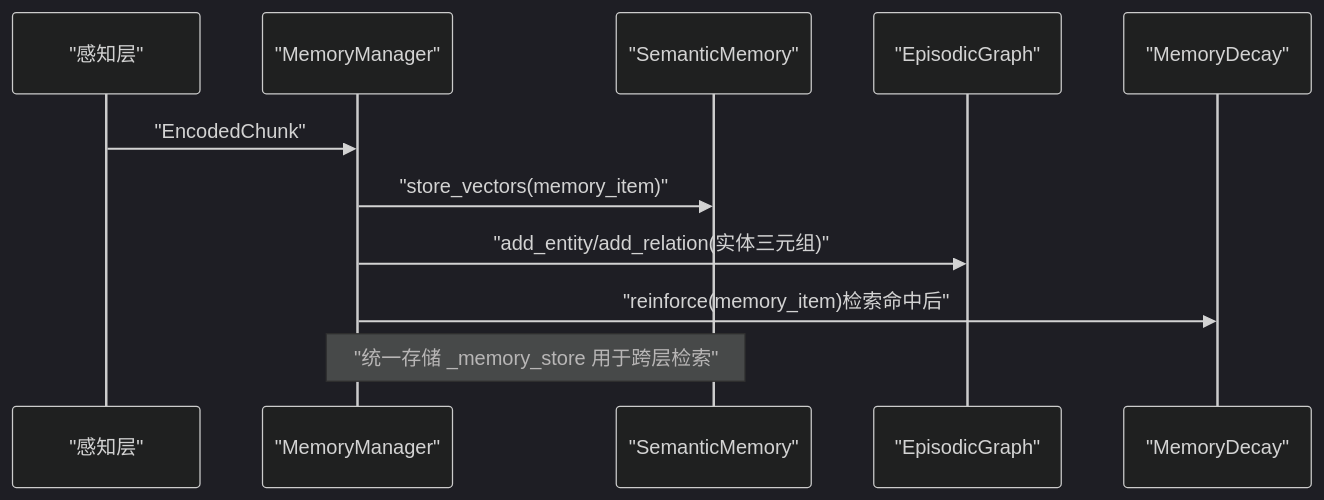
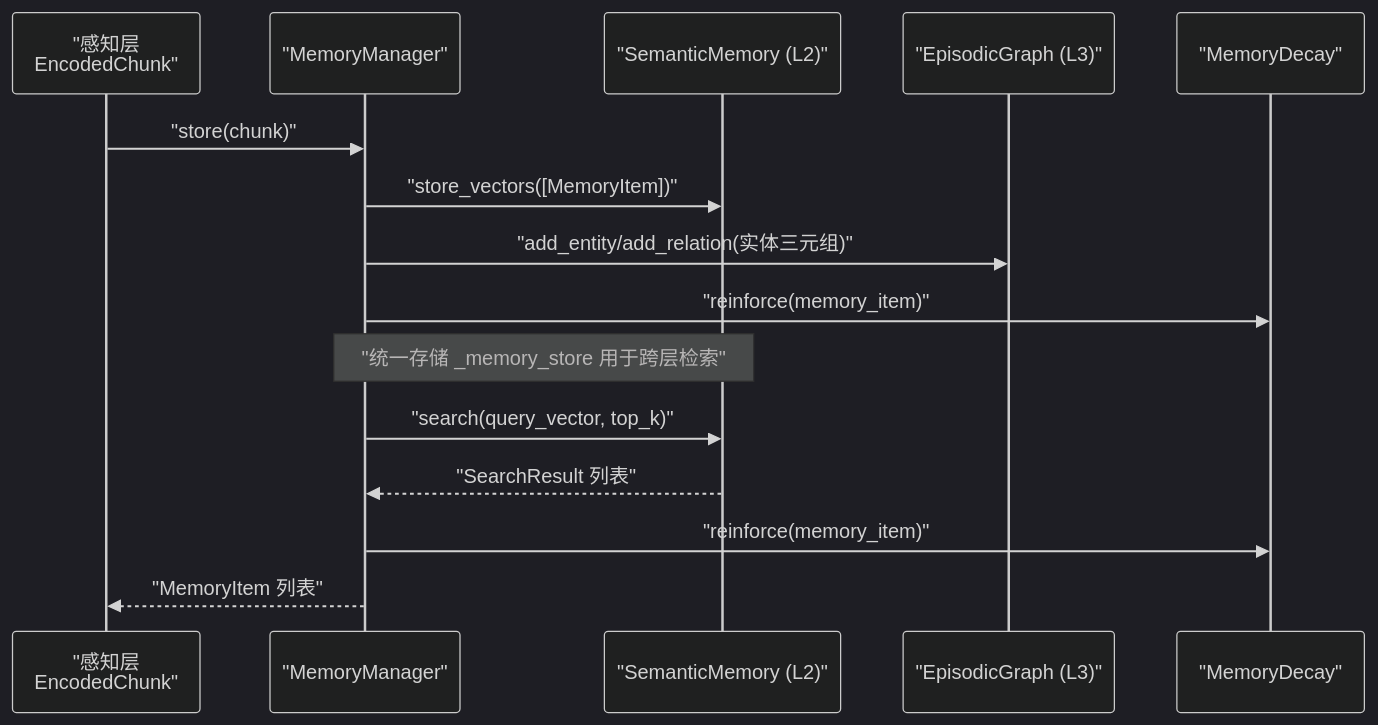
The second of 10 diagrams in .qoder/repowiki/zh/content/记忆管理层/记忆管理层.md (JieGaoPrinceton/NecoRAG), drawn with Mermaid (dark theme) before and after one commit. The commit also changed other lines of this file and 181 other files, not shown here.

````diff
--- a/.qoder/repowiki/zh/content/记忆管理层/记忆管理层.md
+++ b/.qoder/repowiki/zh/content/记忆管理层/记忆管理层.md
@@ -106,13 +88,17 @@
 ```mermaid
 sequenceDiagram
-participant P as "感知层"
+participant Per as "感知层<br/>EncodedChunk"
 participant MM as "MemoryManager"
-participant SM as "SemanticMemory"
-participant EG as "EpisodicGraph"
+participant SM as "SemanticMemory (L2)"
+participant EG as "EpisodicGraph (L3)"
 participant DEC as "MemoryDecay"
-P->>MM : "EncodedChunk"
-MM->>SM : "store_vectors(memory_item)"
+Per->>MM : "store(chunk)"
+MM->>SM : "store_vectors([MemoryItem])"
 MM->>EG : "add_entity/add_relation(实体三元组)"
-MM->>DEC : "reinforce(memory_item)检索命中后"
+MM->>DEC : "reinforce(memory_item)"
 Note over MM,SM : "统一存储 _memory_store 用于跨层检索"
+MM->>SM : "search(query_vector, top_k)"
+SM-->>MM : "SearchResult 列表"
+MM->>DEC : "reinforce(memory_item)"
+MM-->>Per : "MemoryItem 列表"
 ```
````
